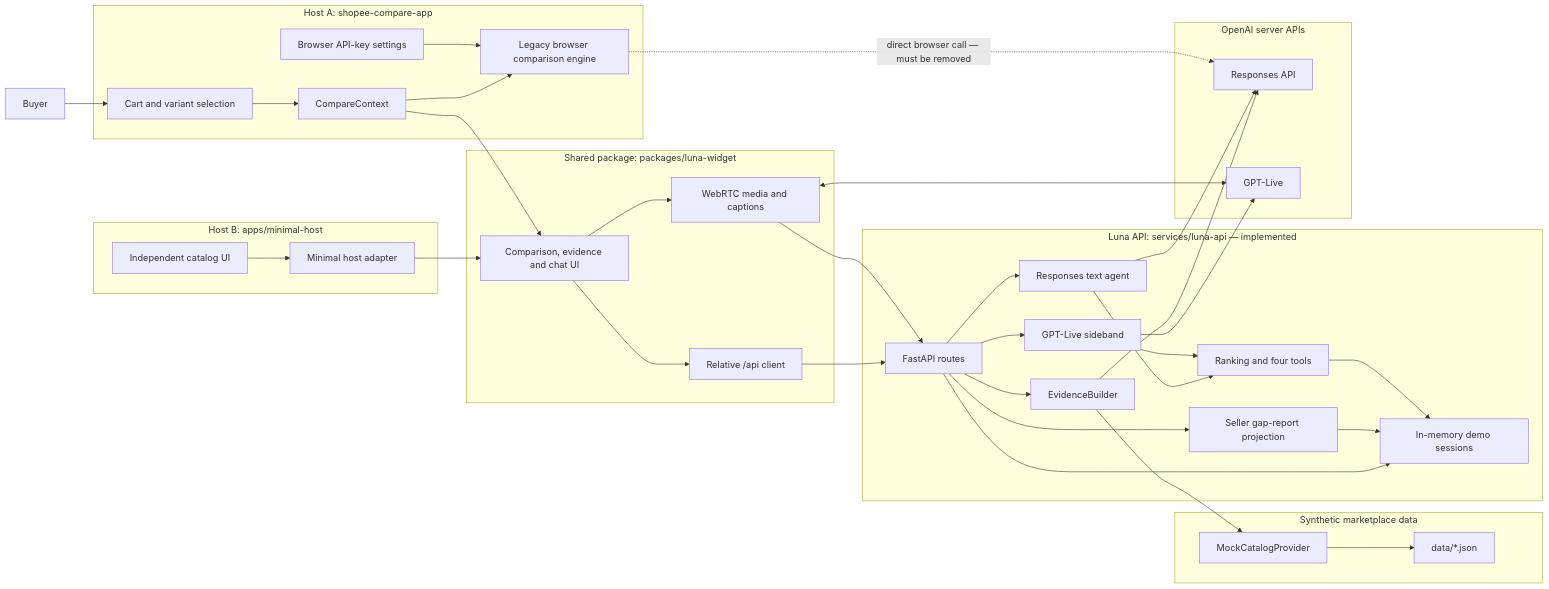
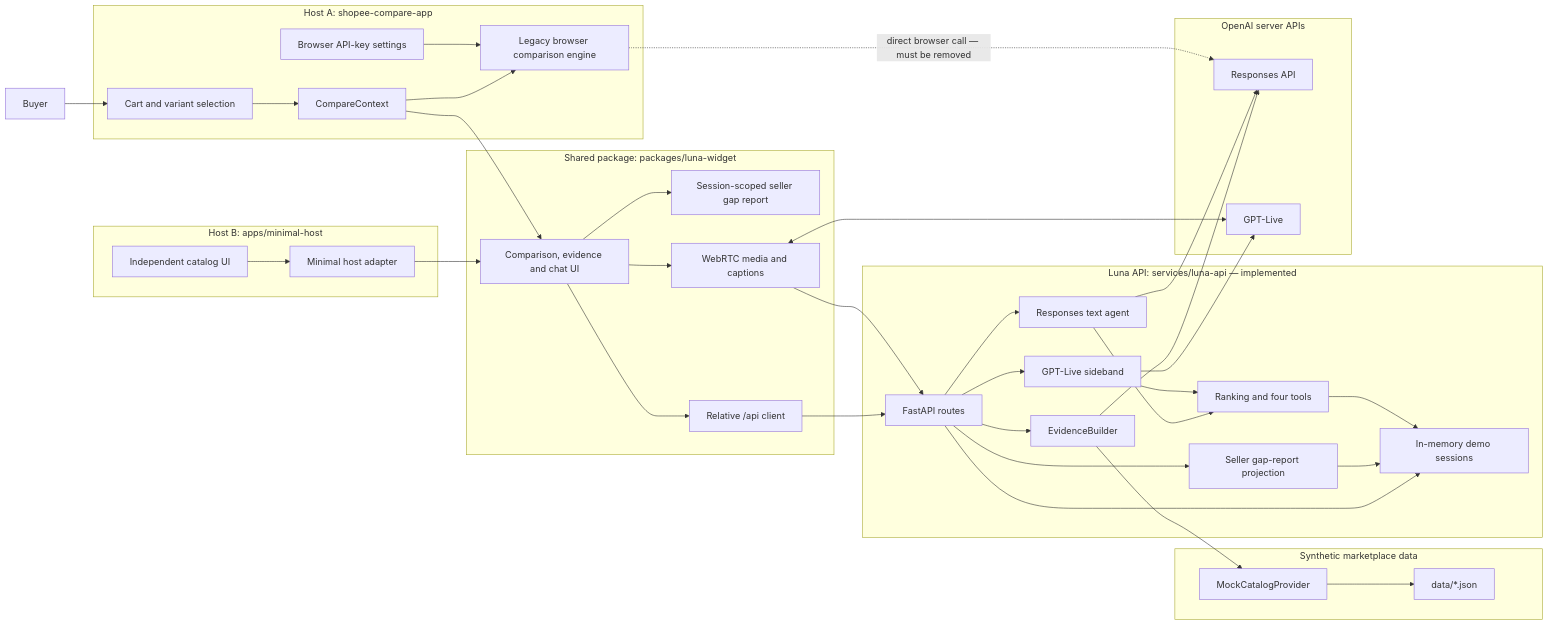
Before and after one commit to jaxwong/decodex: the first of 8 diagrams in docs/architecture.md, drawn with Mermaid. The commit also changed other lines of this file and 11 other files, not shown here.

Commit message:
docs: record completed seller operations flow

````diff
--- a/docs/architecture.md
+++ b/docs/architecture.md
@@ -36,65 +36,67 @@
 ```mermaid
 flowchart LR
     Buyer[Buyer]
 
     subgraph HostA["Host A: shopee-compare-app"]
         Cart[Cart and variant selection]
         CompareContext[CompareContext]
         LegacyEngine[Legacy browser comparison engine]
         BrowserSettings[Browser API-key settings]
     end
 
     subgraph HostB["Host B: apps/minimal-host"]
         MinimalCatalog[Independent catalog UI]
         MinimalAdapter[Minimal host adapter]
     end
 
     subgraph Widget["Shared package: packages/luna-widget"]
         LunaWidget[Comparison, evidence and chat UI]
+        SellerView[Session-scoped seller gap report]
         LunaClient[Relative /api client]
         LiveControls[WebRTC media and captions]
     end
 
     subgraph LunaAPI["Luna API: services/luna-api — implemented"]
         Routes[FastAPI routes]
         SessionStore[In-memory demo sessions]
         EvidenceBuilder[EvidenceBuilder]
         Decision[Ranking and four tools]
         GapReport[Seller gap-report projection]
         TextAgent[Responses text agent]
         LiveAgent[GPT-Live sideband]
     end
 
     subgraph Data["Synthetic marketplace data"]
         MockProvider[MockCatalogProvider]
         Fixtures[data/*.json]
     end
 
     subgraph OpenAI["OpenAI server APIs"]
         Responses[Responses API]
         Live[GPT-Live]
     end
 
     Buyer --> Cart --> CompareContext --> LegacyEngine
     CompareContext --> LunaWidget
     MinimalCatalog --> MinimalAdapter --> LunaWidget
     BrowserSettings --> LegacyEngine
     LegacyEngine -. "direct browser call — must be removed" .-> Responses
 
     LunaWidget --> LunaClient --> Routes
+    LunaWidget --> SellerView
     LunaWidget --> LiveControls
     LiveControls --> Routes
     LiveControls <--> Live
 
     Routes --> SessionStore
     Routes --> EvidenceBuilder
     Routes --> TextAgent
     Routes --> LiveAgent
     Routes --> GapReport --> SessionStore
     EvidenceBuilder --> MockProvider --> Fixtures
     EvidenceBuilder --> Responses
     TextAgent --> Responses
     TextAgent --> Decision --> SessionStore
     LiveAgent --> Live
     LiveAgent --> Decision
 ```
````
